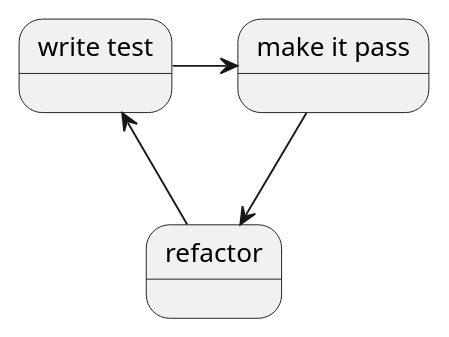
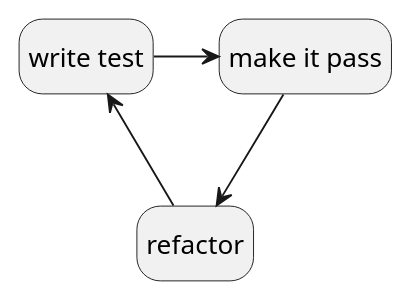
One commit to spockframework/workshop changed the diagram in guide/src/docs/asciidoc/step1.adoc. Above: the diagram before and after it, drawn with PlantUML.

Commit message:
Hide empty description in diagram

```diff
--- a/guide/src/docs/asciidoc/step1.adoc
+++ b/guide/src/docs/asciidoc/step1.adoc
@@ -35,10 +35,11 @@
 [plantuml, tdd-loop, format=svg]
 ....
+hide empty description
 state "write test" as write_test
 state "make it pass" as make_it_pass
 state "refactor" as refactor
 
 write_test -> make_it_pass
 make_it_pass --> refactor
 refactor --> write_test
 ....
```
